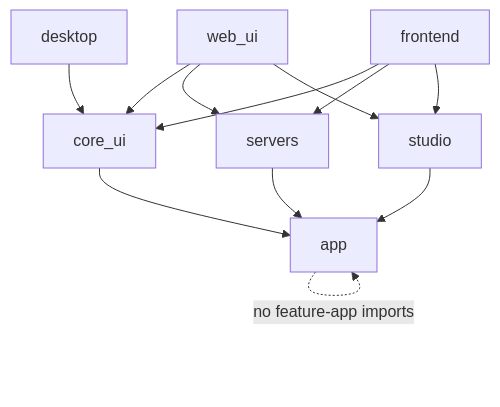
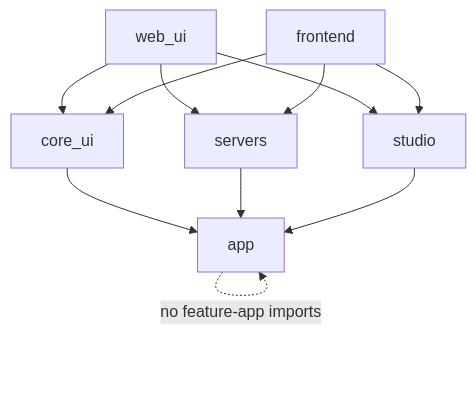
One commit to LLprod39/WebTerm changed the diagram in docs/mars/MARS_ARCHITECTURE_PLAN.md. Above: the diagram before and after it, drawn with Mermaid. The commit also changed other lines of this file and 76 other files, not shown here.

````diff
--- a/docs/mars/MARS_ARCHITECTURE_PLAN.md
+++ b/docs/mars/MARS_ARCHITECTURE_PLAN.md
@@ -32,14 +32,13 @@
 ```mermaid
 flowchart TD
     web_ui --> core_ui
     web_ui --> servers
     web_ui --> studio
     core_ui --> app
     servers --> app
     studio --> app
     frontend --> core_ui
     frontend --> servers
     frontend --> studio
-    desktop --> core_ui
     app -. no feature-app imports .-> app
 ```
````
